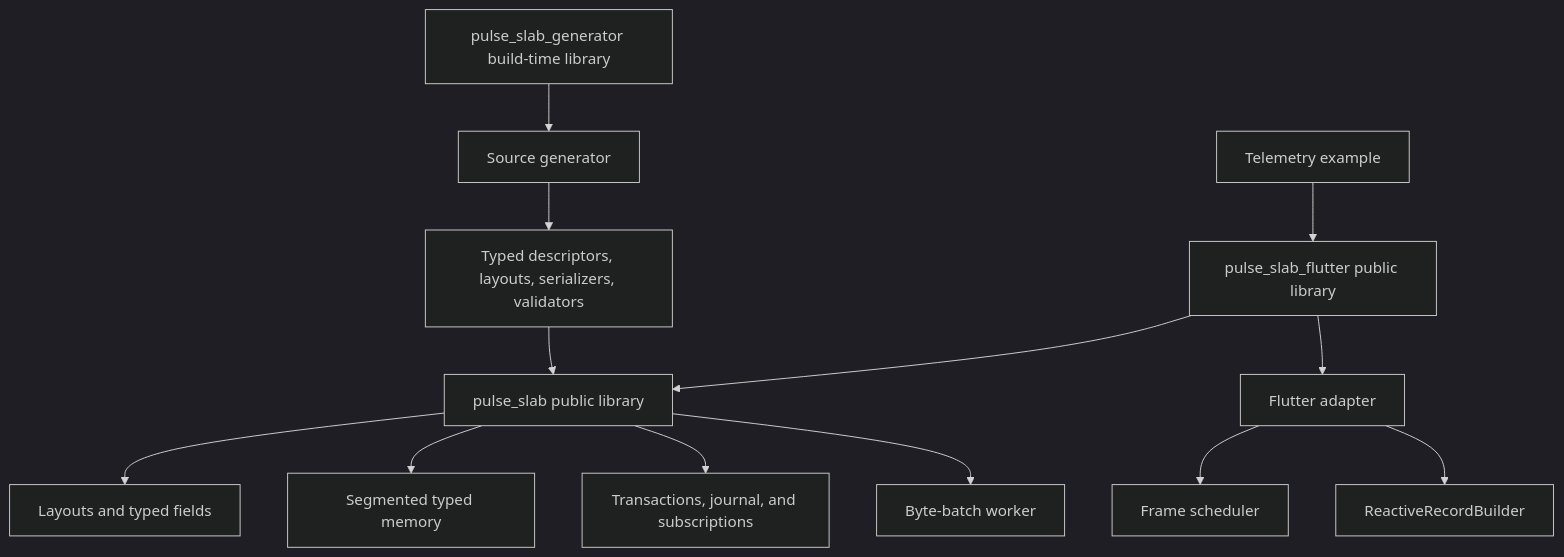
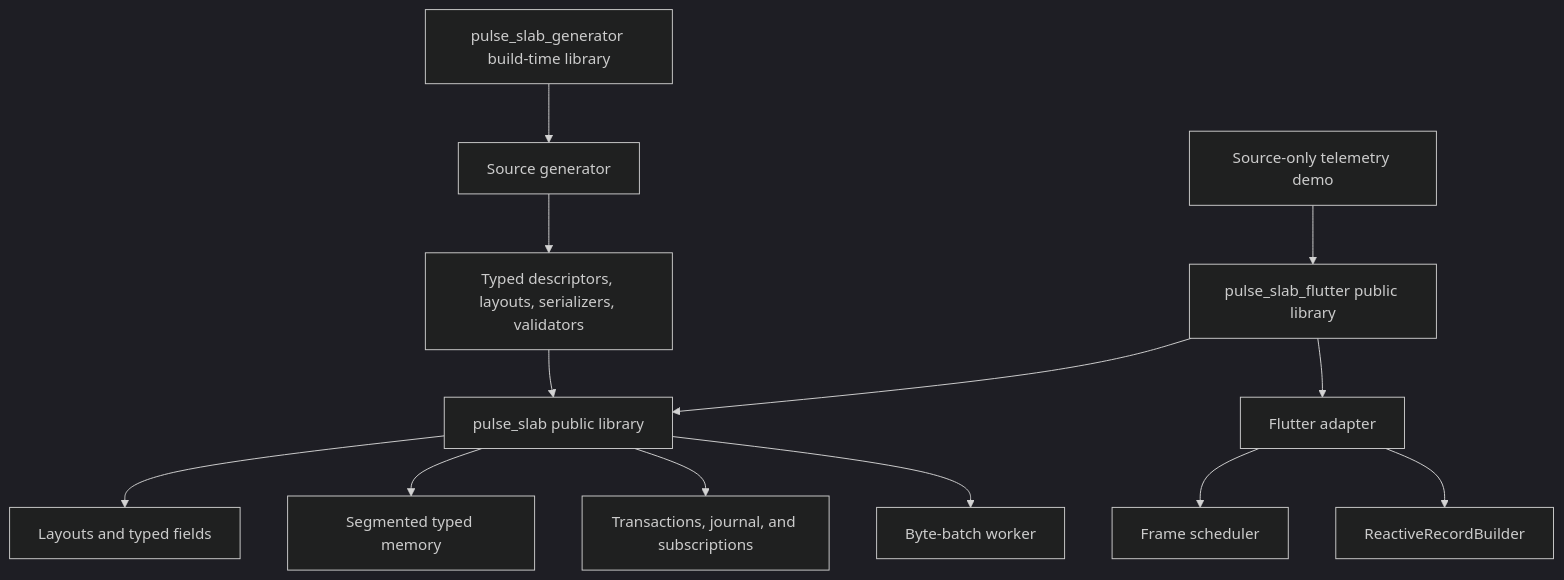
The fourth of 4 diagrams in docs/architecture.md (JohannesHupp/pulse_slab), drawn with Mermaid (dark theme) before and after one commit. The commit also changed 161 other files, not shown here.

````diff
--- a/docs/architecture.md
+++ b/docs/architecture.md
@@ -94,18 +94,18 @@
 ```mermaid
 flowchart TB
   CorePublic["pulse_slab public library"] --> Layout[Layouts and typed fields]
   CorePublic --> Memory[Segmented typed memory]
   CorePublic --> Reactive[Transactions, journal, and subscriptions]
   CorePublic --> Worker[Byte-batch worker]
 
   FlutterPublic["pulse_slab_flutter public library"] --> FlutterAdapter[Flutter adapter]
   FlutterPublic --> CorePublic
   FlutterAdapter --> Scheduler[Frame scheduler]
   FlutterAdapter --> Builder[ReactiveRecordBuilder]
 
   GeneratorPublic["pulse_slab_generator build-time library"] --> Generator[Source generator]
   Generator --> Generated[Typed descriptors, layouts, serializers, validators]
   Generated --> CorePublic
 
-  Example[Telemetry example] --> FlutterPublic
+  TelemetryDemo[Source-only telemetry demo] --> FlutterPublic
 ```
````
